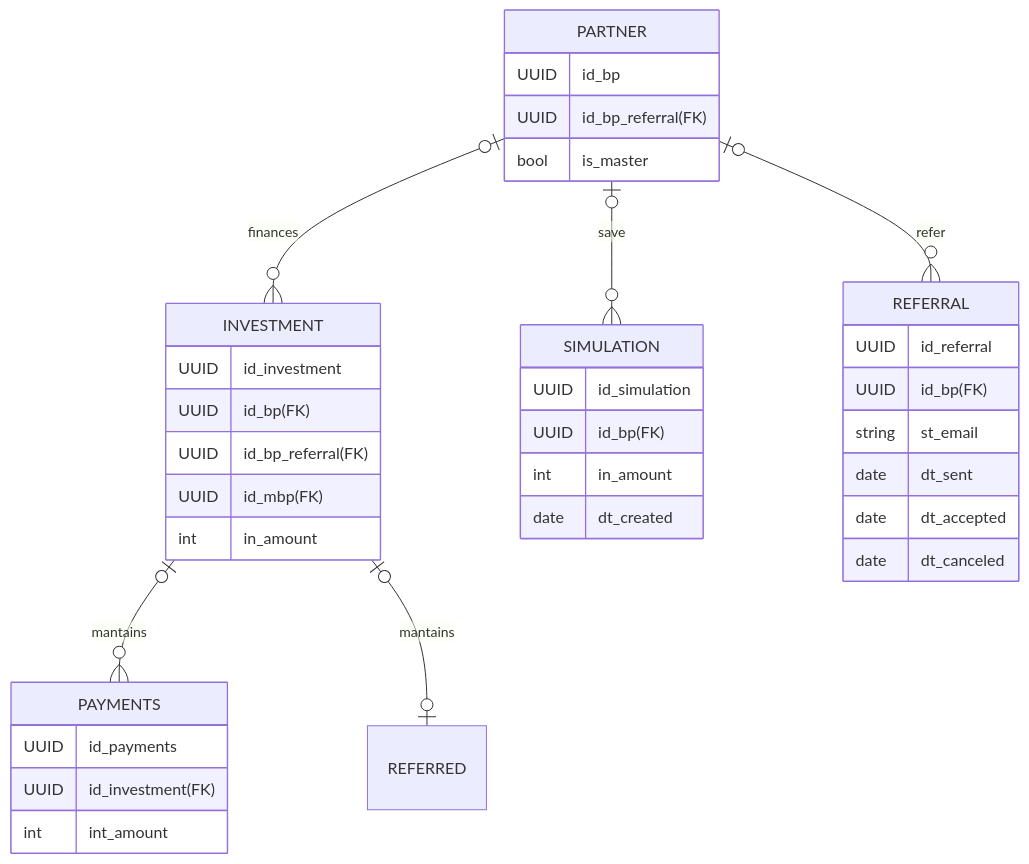
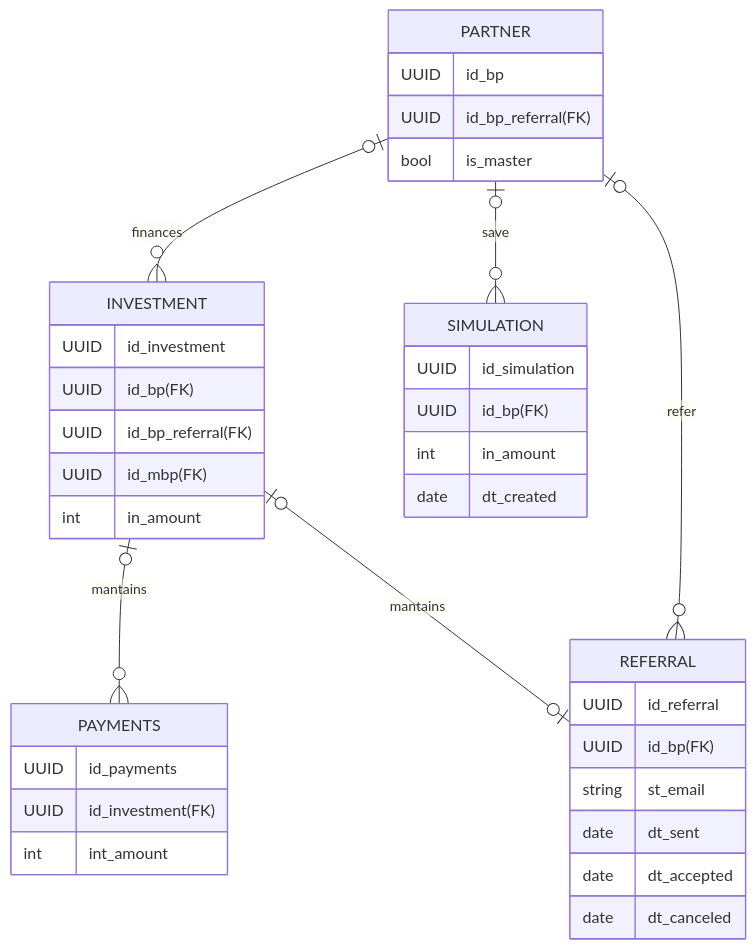
One commit to git-jrm/management-system changed the second of 2 diagrams in Entity–relationship-model.md. Above: the diagram before and after it, drawn with Mermaid.

````diff
--- a/Entity–relationship-model.md
+++ b/Entity–relationship-model.md
@@ -49,39 +49,39 @@
 ```mermaid
    erDiagram
     PARTNER |o--o{ INVESTMENT : finances
     PARTNER |o--o{ SIMULATION : save
     PARTNER |o--o{ REFERRAL : refer
     INVESTMENT |o--o{ PAYMENTS : mantains
-    INVESTMENT |o--o| REFERRED : mantains
+    INVESTMENT |o--o| REFERRAL : mantains
     PARTNER {
         UUID id_bp
         UUID id_bp_referral(FK)
         bool is_master
     }
     SIMULATION {
         UUID id_simulation
         UUID id_bp(FK)
         int in_amount
         date dt_created
     }
     INVESTMENT {
         UUID id_investment
         UUID id_bp(FK)
         UUID id_bp_referral(FK)
         UUID id_mbp(FK)
         int in_amount    
     }
     REFERRAL {
         UUID id_referral
         UUID id_bp(FK)
         string st_email
         date dt_sent
         date dt_accepted
         date dt_canceled
     }
     PAYMENTS {
         UUID id_payments
         UUID id_investment(FK)
         int int_amount
     }
 ```
````
